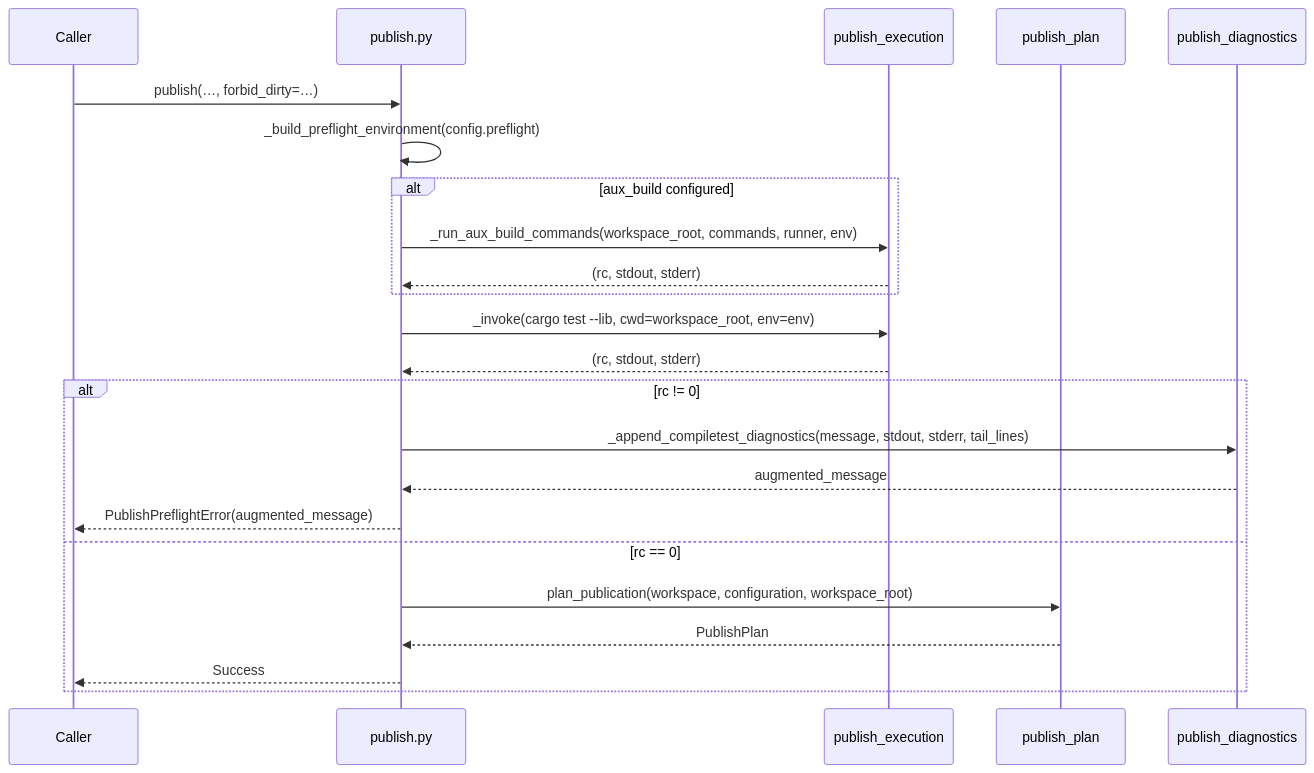
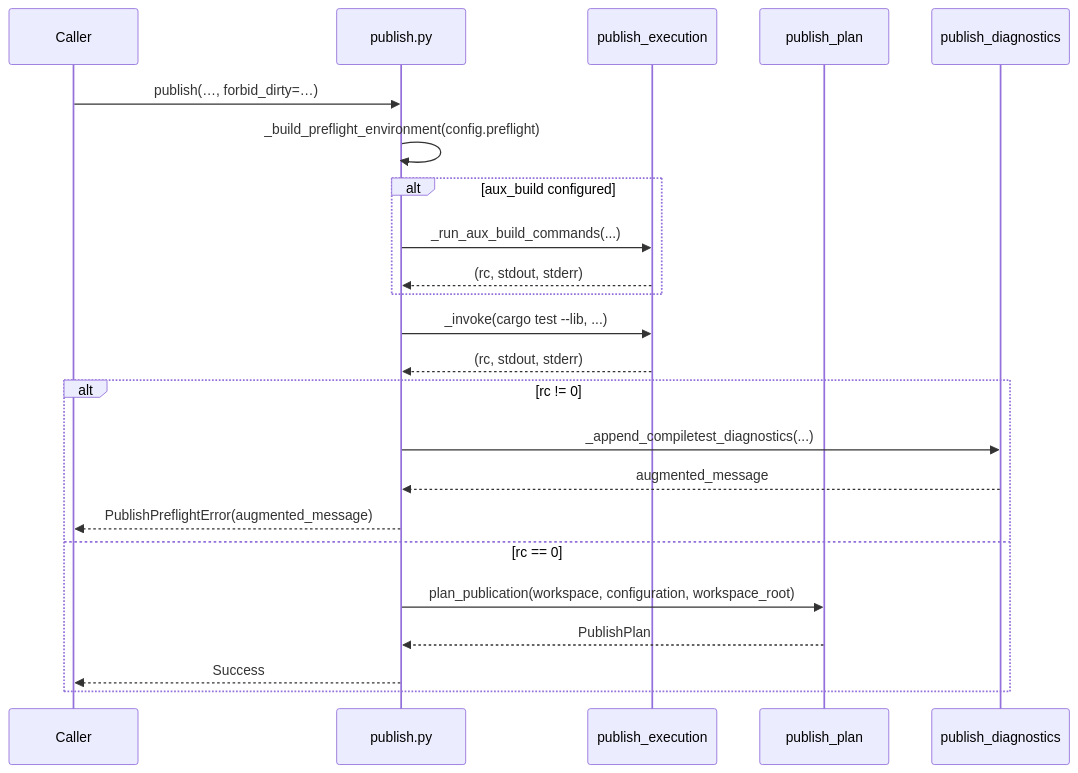
Before and after one commit to leynos/lading: the second of 2 diagrams in docs/lading-design.md, drawn with Mermaid. The commit also changed other lines of this file and 46 other files, not shown here.

````diff
--- a/docs/lading-design.md
+++ b/docs/lading-design.md
@@ -486,26 +486,26 @@
 ```mermaid
 sequenceDiagram
     participant Caller
     participant publish.py
     participant publish_execution
     participant publish_plan
     participant publish_diagnostics
 
     Caller->>publish.py: publish(…, forbid_dirty=…)
     publish.py->>publish.py: _build_preflight_environment(config.preflight)
     alt aux_build configured
-        publish.py->>publish_execution: _run_aux_build_commands(workspace_root, commands, runner, env)
+        publish.py->>publish_execution: _run_aux_build_commands(...)
         publish_execution-->>publish.py: (rc, stdout, stderr)
     end
-    publish.py->>publish_execution: _invoke(cargo test --lib, cwd=workspace_root, env=env)
+    publish.py->>publish_execution: _invoke(cargo test --lib, ...)
     publish_execution-->>publish.py: (rc, stdout, stderr)
     alt rc != 0
-        publish.py->>publish_diagnostics: _append_compiletest_diagnostics(message, stdout, stderr, tail_lines)
+        publish.py->>publish_diagnostics: _append_compiletest_diagnostics(...)
         publish_diagnostics-->>publish.py: augmented_message
         publish.py-->>Caller: PublishPreflightError(augmented_message)
     else rc == 0
         publish.py->>publish_plan: plan_publication(workspace, configuration, workspace_root)
         publish_plan-->>publish.py: PublishPlan
         publish.py-->>Caller: Success
     end
 ```
````
